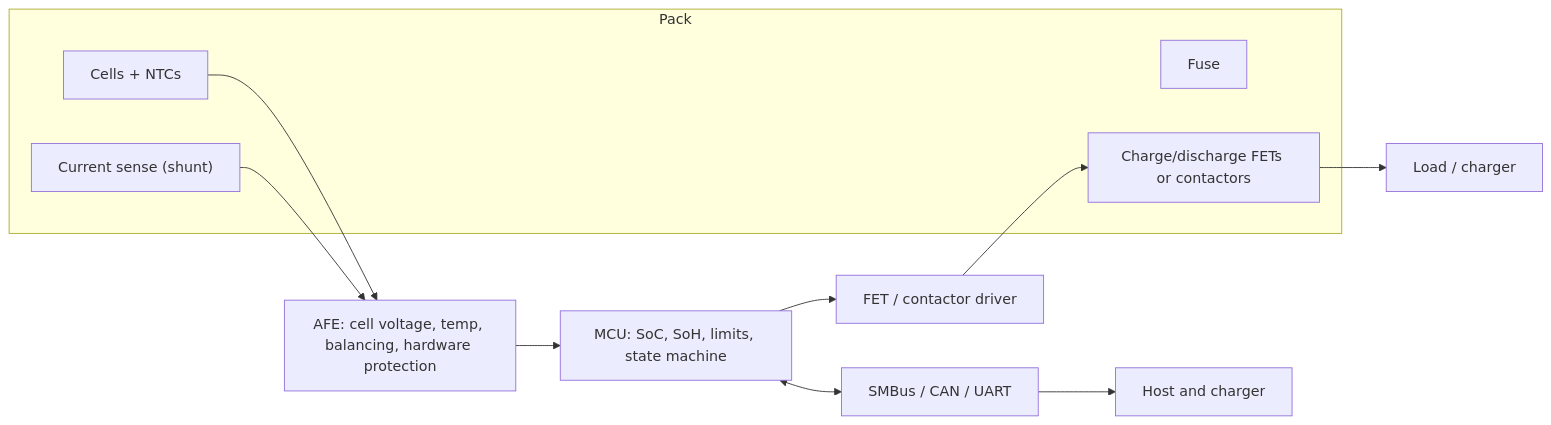
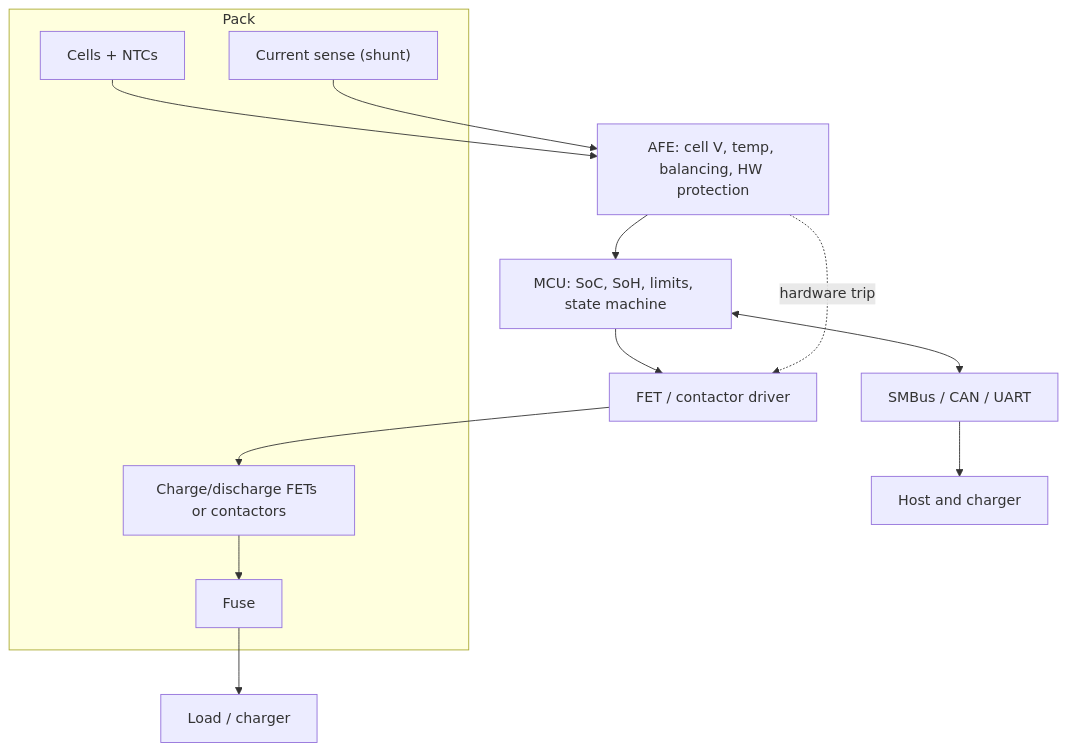
The diagram in content/questions/q0304.md (atallm7/monty-prep), drawn with Mermaid before and after one commit. The commit also changed other lines of this file and 120 other files, not shown here.

````diff
--- a/content/questions/q0304.md
+++ b/content/questions/q0304.md
@@ -119,17 +119,19 @@
 ```mermaid
-flowchart LR
+flowchart TD
   subgraph Pack
     C["Cells + NTCs"]
     S["Current sense (shunt)"]
+    Q["Charge/discharge FETs or contactors"]
     F["Fuse"]
-    Q["Charge/discharge FETs or contactors"]
   end
-  C --> A["AFE: cell voltage, temp, balancing, hardware protection"]
+  C --> A["AFE: cell V, temp, balancing, HW protection"]
   S --> A
   A --> M["MCU: SoC, SoH, limits, state machine"]
   M --> D["FET / contactor driver"]
+  A -. "hardware trip" .-> D
   D --> Q
+  Q --> F
+  F --> L["Load / charger"]
   M <--> B["SMBus / CAN / UART"]
   B --> H["Host and charger"]
-  Q --> L["Load / charger"]
 ```
````
